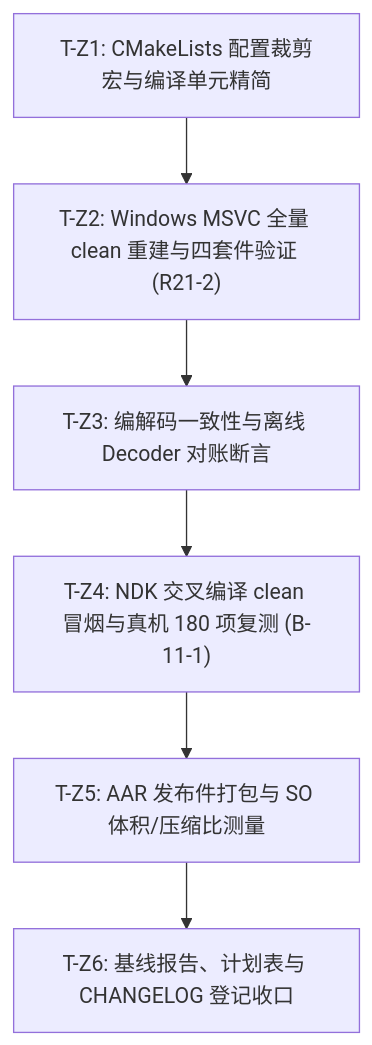
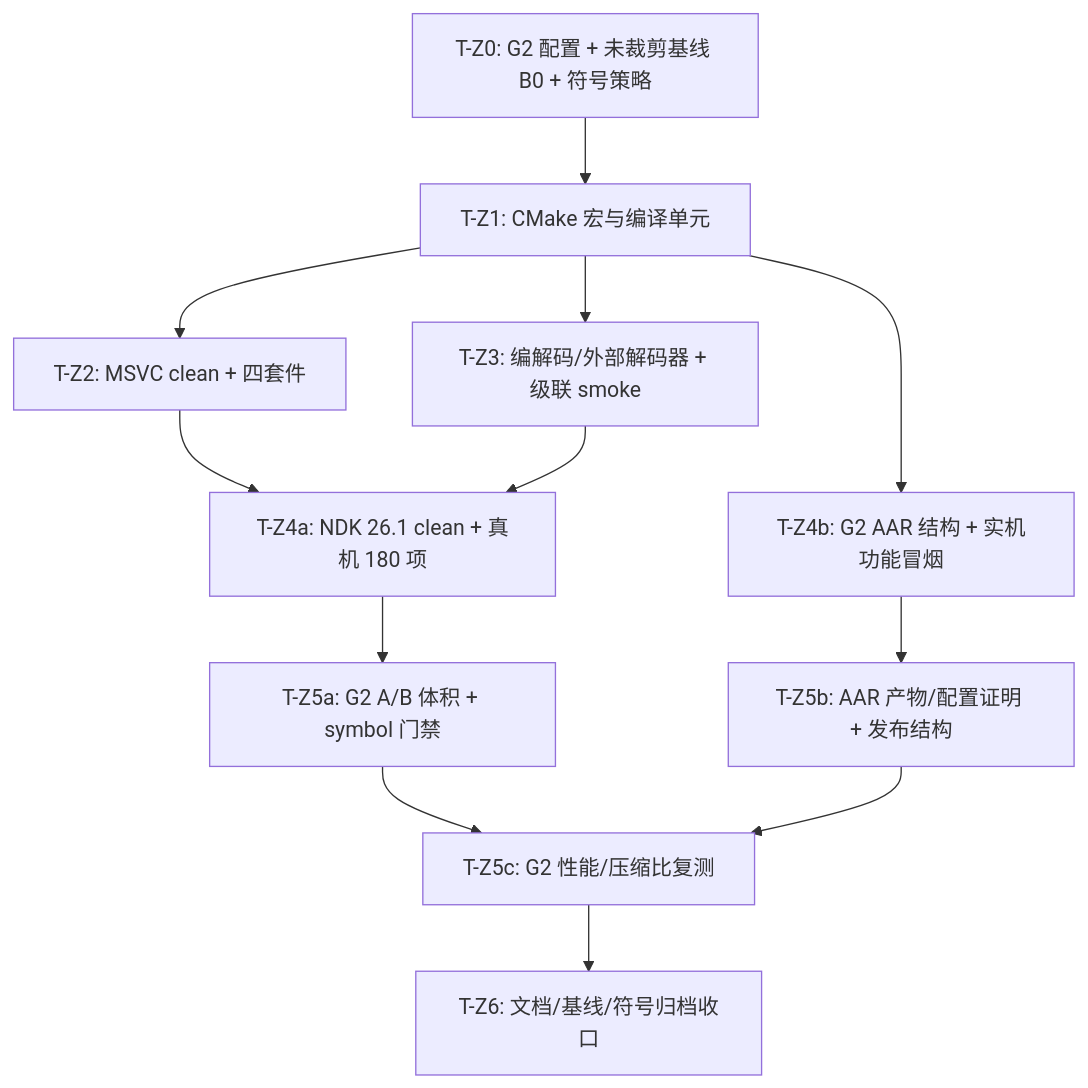
One commit to zzlfeng/LogX changed the diagram in docs/zstd_prune_plan.md. Above: the diagram before and after it, drawn with Mermaid. The commit also changed other lines of this file and 131 other files, not shown here.

````diff
--- a/docs/zstd_prune_plan.md
+++ b/docs/zstd_prune_plan.md
@@ -124,8 +384,14 @@
 ```mermaid
 flowchart TD
-    T1["T-Z1: CMakeLists 配置裁剪宏与编译单元精简"] --> T2["T-Z2: Windows MSVC 全量 clean 重建与四套件验证 (R21-2)"]
-    T2 --> T3["T-Z3: 编解码一致性与离线 Decoder 对账断言"]
-    T3 --> T4["T-Z4: NDK 交叉编译 clean 冒烟与真机 180 项复测 (B-11-1)"]
-    T4 --> T5["T-Z5: AAR 发布件打包与 SO 体积/压缩比测量"]
-    T5 --> T6["T-Z6: 基线报告、计划表与 CHANGELOG 登记收口"]
+    T0["T-Z0: G2 配置 + 未裁剪基线 B0 + 符号策略"] --> T1["T-Z1: CMake 宏与编译单元"]
+    T1 --> T2["T-Z2: MSVC clean + 四套件"]
+    T1 --> T3["T-Z3: 编解码/外部解码器 + 级联 smoke"]
+    T1 --> T4b["T-Z4b: G2 AAR 结构 + 实机功能冒烟"]
+    T2 --> T4a["T-Z4a: NDK 26.1 clean + 真机 180 项"]
+    T3 --> T4a
+    T4a --> T5a["T-Z5a: G2 A/B 体积 + symbol 门禁"]
+    T4b --> T5b["T-Z5b: AAR 产物/配置证明 + 发布结构"]
+    T5a --> T5c["T-Z5c: G2 性能/压缩比复测"]
+    T5b --> T5c
+    T5c --> T6["T-Z6: 文档/基线/符号归档收口"]
 ```
````
